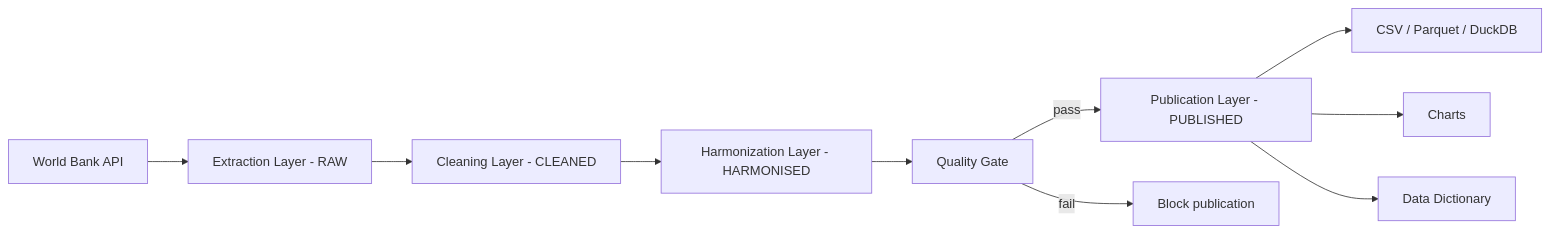
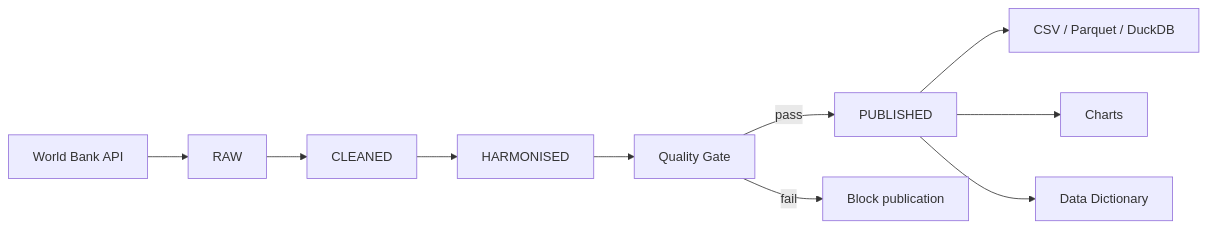
Before and after one commit to Raf-Hs/public-data-integration-harmonization-pipeline: the diagram in docs/ARCHITECTURE.md, drawn with Mermaid. The commit also changed other lines of this file and 28 other files, not shown here.

````diff
--- a/docs/ARCHITECTURE.md
+++ b/docs/ARCHITECTURE.md
@@ -5,12 +5,12 @@
 ```mermaid
 flowchart LR
-    A[World Bank API] --> B[Extraction Layer - RAW]
-    B --> C[Cleaning Layer - CLEANED]
-    C --> D[Harmonization Layer - HARMONISED]
+    A[World Bank API] --> B[RAW]
+    B --> C[CLEANED]
+    C --> D[HARMONISED]
     D --> E[Quality Gate]
-    E -->|pass| F[Publication Layer - PUBLISHED]
+    E -->|pass| F[PUBLISHED]
     E -->|fail| G[Block publication]
     F --> H[CSV / Parquet / DuckDB]
     F --> I[Charts]
     F --> J[Data Dictionary]
 ```
````
